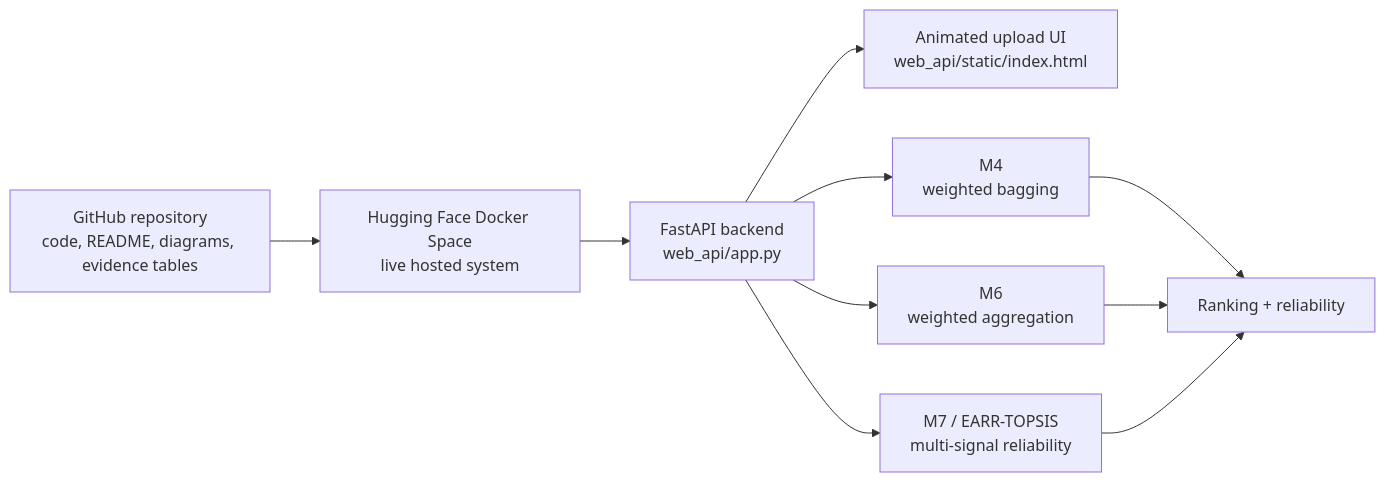
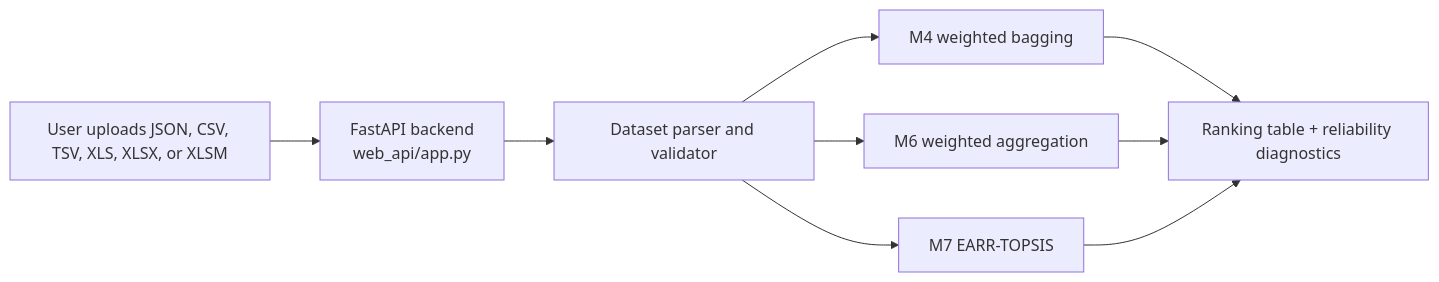
One commit to Fahim043/earr-topsis changed the diagram in README.md. Above: the diagram before and after it, drawn with Mermaid. The commit also changed other lines of this file and 235 other files, not shown here.

````diff
--- a/README.md
+++ b/README.md
@@ -15,12 +17,11 @@
 ```mermaid
 flowchart LR
-    A["GitHub repository<br/>code, README, diagrams, evidence tables"] --> B["Hugging Face Docker Space<br/>live hosted system"]
-    B --> C["FastAPI backend<br/>web_api/app.py"]
-    C --> D["Animated upload UI<br/>web_api/static/index.html"]
-    C --> E["M4<br/>weighted bagging"]
-    C --> F["M6<br/>weighted aggregation"]
-    C --> G["M7 / EARR-TOPSIS<br/>multi-signal reliability"]
-    E --> H["Ranking + reliability"]
-    F --> H
-    G --> H
+    A["User uploads JSON, CSV, TSV, XLS, XLSX, or XLSM"] --> B["FastAPI backend<br/>web_api/app.py"]
+    B --> C["Dataset parser and validator"]
+    C --> D["M4 weighted bagging"]
+    C --> E["M6 weighted aggregation"]
+    C --> F["M7 EARR-TOPSIS"]
+    D --> G["Ranking table + reliability diagnostics"]
+    E --> G
+    F --> G
 ```
````
